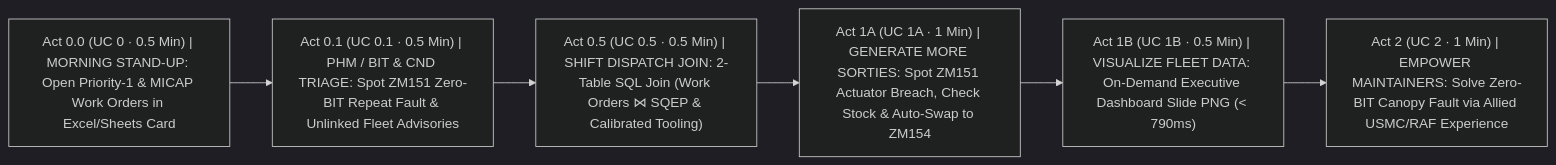
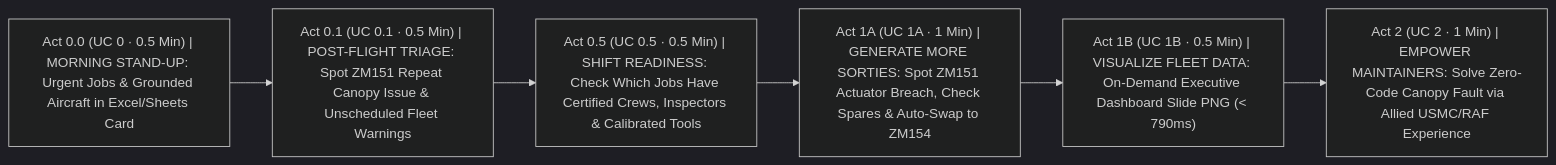
One commit to edwardsda-prog/f35 changed the first of 4 diagrams in DEMO_STORYBOARD.md. Above: the diagram before and after it, drawn with Mermaid (dark theme). The commit also changed other lines of this file and 5 other files, not shown here.

Commit message:
feat(uc0): integrate UC 0.1 PHM triage, UC 0.5 multi-table tooling JOIN, 900-record EU warehouse, and ISS-011

````diff
--- a/DEMO_STORYBOARD.md
+++ b/DEMO_STORYBOARD.md
@@ -29,8 +29,8 @@
 ```mermaid
 flowchart LR
-    A0["Act 0.0 (UC 0 · 0.5 Min) | MORNING STAND-UP: Open Priority-1 & MICAP Work Orders in Excel/Sheets Card"] --> A01["Act 0.1 (UC 0.1 · 0.5 Min) | PHM / BIT & CND TRIAGE: Spot ZM151 Zero-BIT Repeat Fault & Unlinked Fleet Advisories"]
-    A01 --> A05["Act 0.5 (UC 0.5 · 0.5 Min) | SHIFT DISPATCH JOIN: 2-Table SQL Join (Work Orders ⋈ SQEP & Calibrated Tooling)"]
-    A05 --> A1A["Act 1A (UC 1A · 1 Min) | GENERATE MORE SORTIES: Spot ZM151 Actuator Breach, Check Stock & Auto-Swap to ZM154"]
+    A0["Act 0.0 (UC 0 · 0.5 Min) | MORNING STAND-UP: Urgent Jobs & Grounded Aircraft in Excel/Sheets Card"] --> A01["Act 0.1 (UC 0.1 · 0.5 Min) | POST-FLIGHT TRIAGE: Spot ZM151 Repeat Canopy Issue & Unscheduled Fleet Warnings"]
+    A01 --> A05["Act 0.5 (UC 0.5 · 0.5 Min) | SHIFT READINESS: Check Which Jobs Have Certified Crews, Inspectors & Calibrated Tools"]
+    A05 --> A1A["Act 1A (UC 1A · 1 Min) | GENERATE MORE SORTIES: Spot ZM151 Actuator Breach, Check Spares & Auto-Swap to ZM154"]
     A1A --> A1B["Act 1B (UC 1B · 0.5 Min) | VISUALIZE FLEET DATA: On-Demand Executive Dashboard Slide PNG (< 790ms)"]
-    A1B --> A2["Act 2 (UC 2 · 1 Min) | EMPOWER MAINTAINERS: Solve Zero-BIT Canopy Fault via Allied USMC/RAF Experience"]
+    A1B --> A2["Act 2 (UC 2 · 1 Min) | EMPOWER MAINTAINERS: Solve Zero-Code Canopy Fault via Allied USMC/RAF Experience"]
 ```
````
